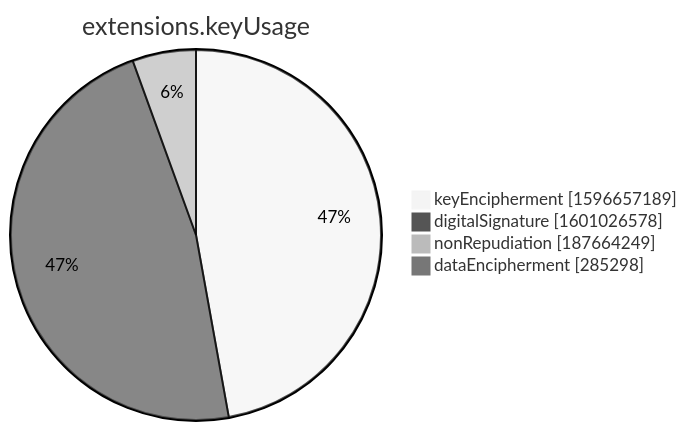
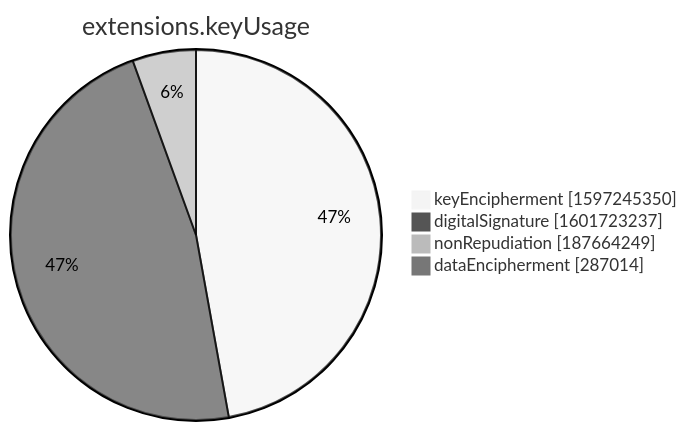
The seventh of 15 diagrams in xenon2022/README.md (christiankrug/ctmonitor_visualization), drawn with Mermaid (neutral theme) before and after one commit. The commit also changed other lines of this file, not shown here.

````diff
--- a/xenon2022/README.md
+++ b/xenon2022/README.md
@@ -2854,8 +2854,8 @@
 ```mermaid
 pie showData
 title extensions.keyUsage
-"keyEncipherment" :1596657189
-"digitalSignature" :1601026578
+"keyEncipherment" :1597245350
+"digitalSignature" :1601723237
 "nonRepudiation" :187664249
-"dataEncipherment" :285298
+"dataEncipherment" :287014
 ```
````
